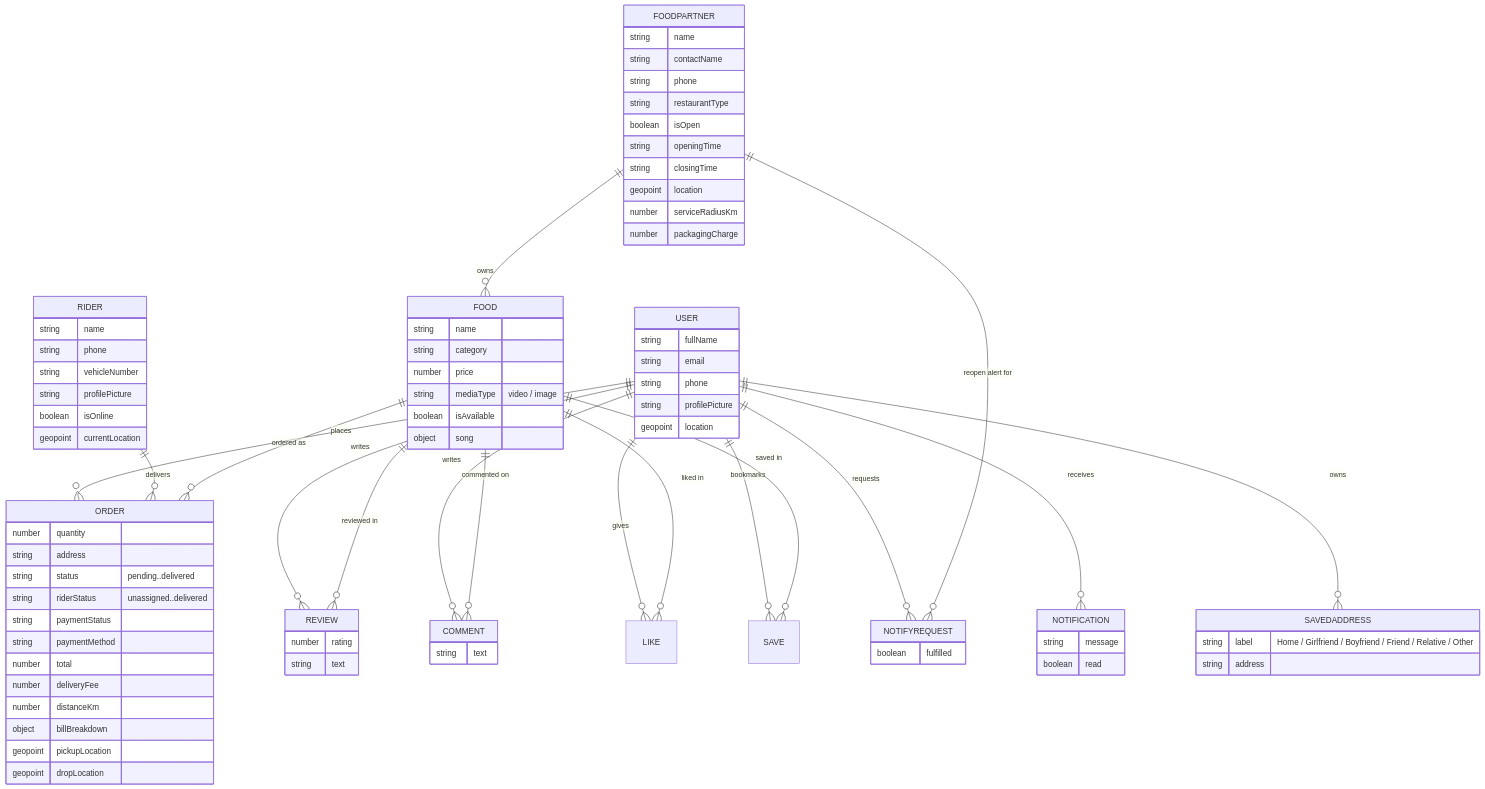
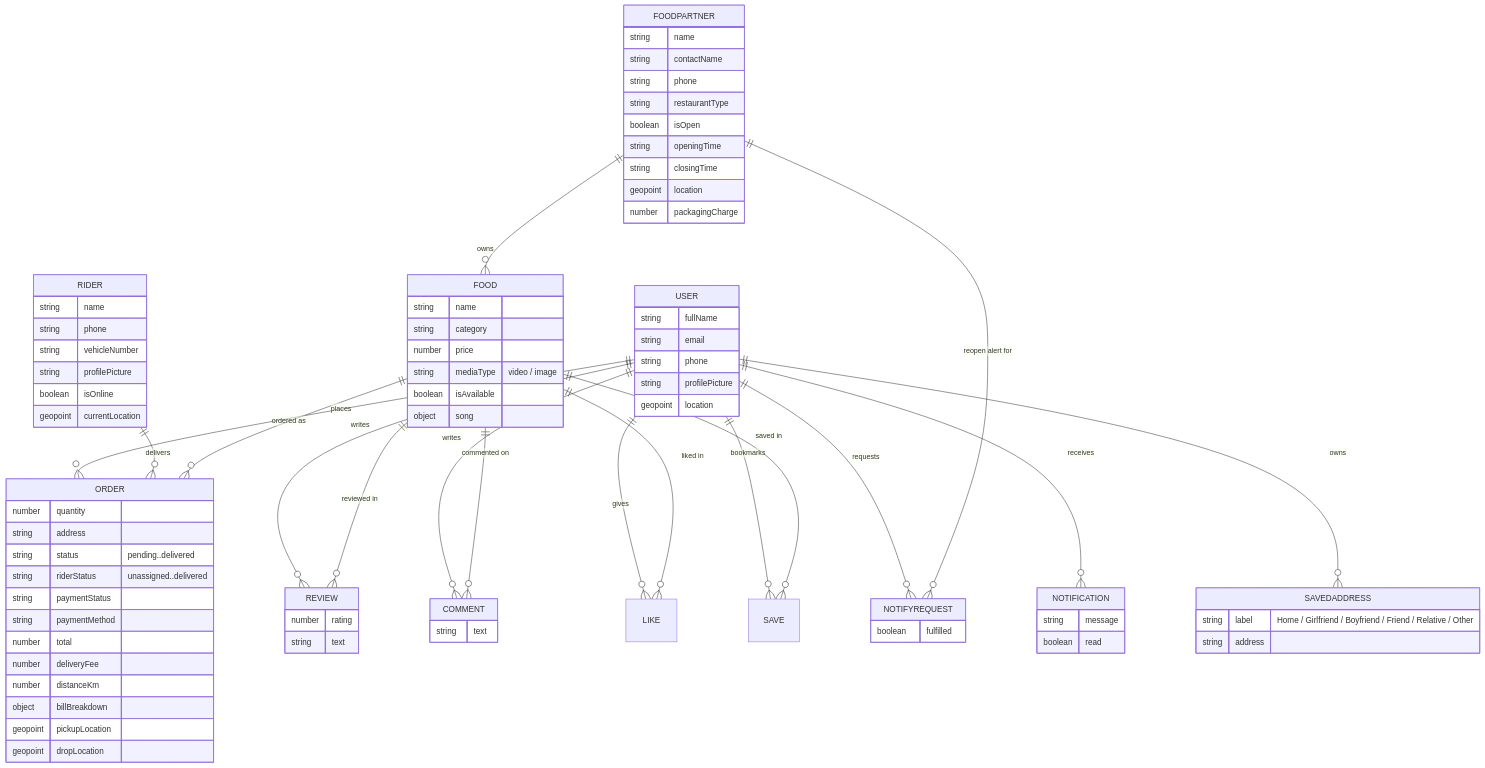
The second of 5 diagrams in README.md (titoo9201/ZomaFeeds), drawn with Mermaid before and after one commit. The commit also changed other lines of this file and 11 other files, not shown here.

```diff
--- a/README.md
+++ b/README.md
@@ -275,7 +275,6 @@
         string openingTime
         string closingTime
         geopoint location
-        number serviceRadiusKm
         number packagingCharge
     }
     RIDER {
```
